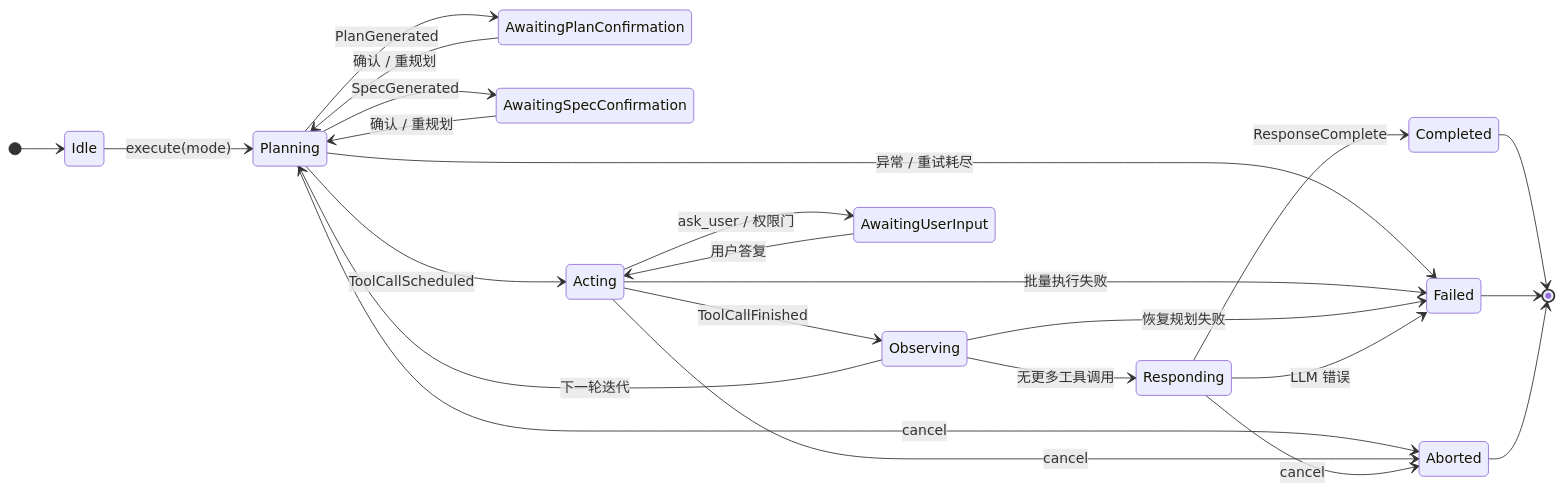
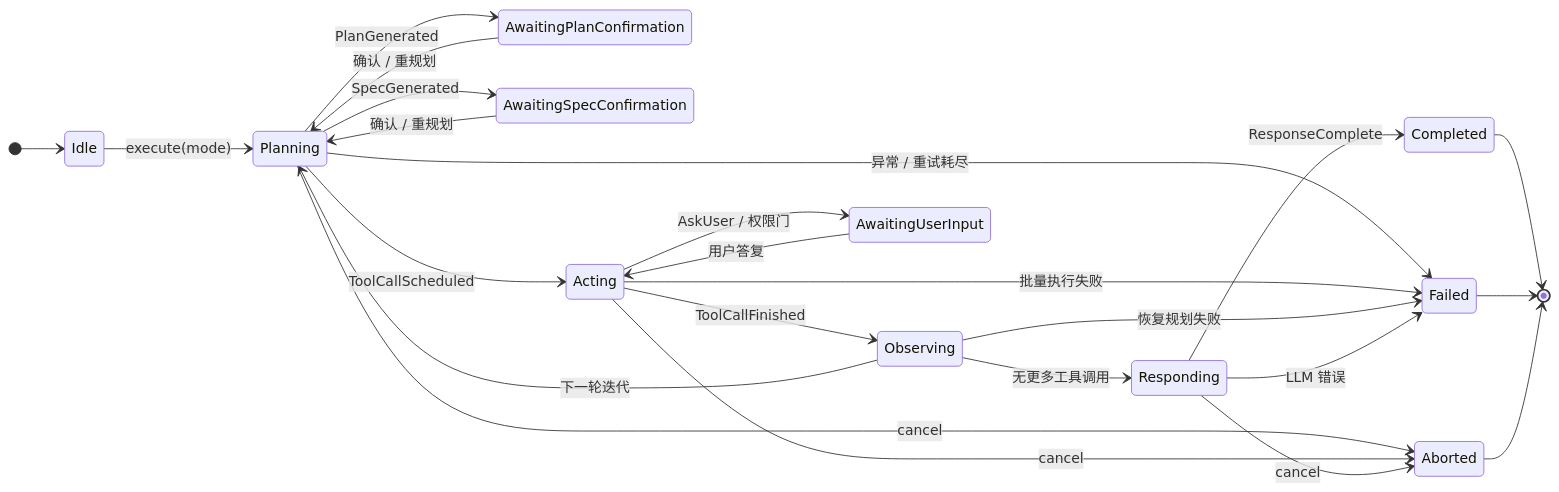
Before and after one commit to Ultra-Guru/Android-Guru-Agent: the fourth of 5 diagrams in README.md, drawn with Mermaid. The commit also changed other lines of this file and 477 other files, not shown here.

````diff
--- a/README.md
+++ b/README.md
@@ -442,27 +442,27 @@
 ```mermaid
 stateDiagram-v2
     direction LR
     [*] --> Idle
     Idle --> Planning : execute(mode)
     Planning --> AwaitingPlanConfirmation : PlanGenerated
     AwaitingPlanConfirmation --> Planning : 确认 / 重规划
     Planning --> AwaitingSpecConfirmation : SpecGenerated
     AwaitingSpecConfirmation --> Planning : 确认 / 重规划
     Planning --> Acting : ToolCallScheduled
     Acting --> Observing : ToolCallFinished
     Observing --> Planning : 下一轮迭代
     Observing --> Responding : 无更多工具调用
-    Acting --> AwaitingUserInput : ask_user / 权限门
+    Acting --> AwaitingUserInput : AskUser / 权限门
     AwaitingUserInput --> Acting : 用户答复
     Responding --> Completed : ResponseComplete
     Planning --> Failed : 异常 / 重试耗尽
     Acting --> Failed : 批量执行失败
     Observing --> Failed : 恢复规划失败
     Responding --> Failed : LLM 错误
     Planning --> Aborted : cancel
     Acting --> Aborted : cancel
     Responding --> Aborted : cancel
     Completed --> [*]
     Failed --> [*]
     Aborted --> [*]
 ```
````
